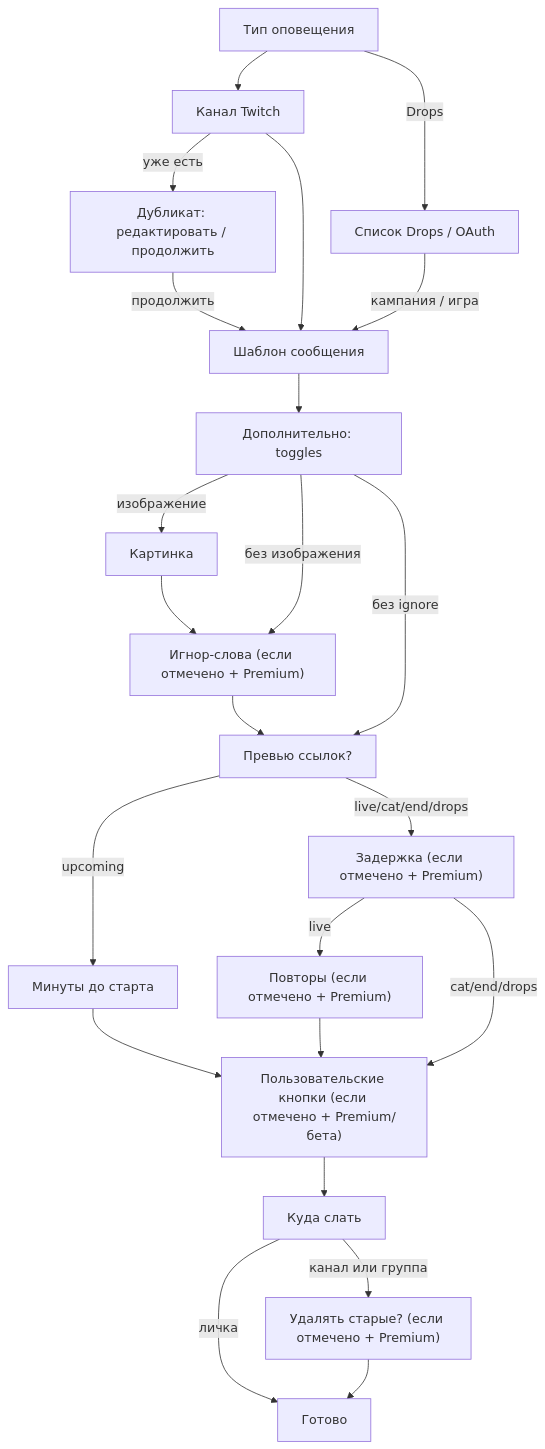
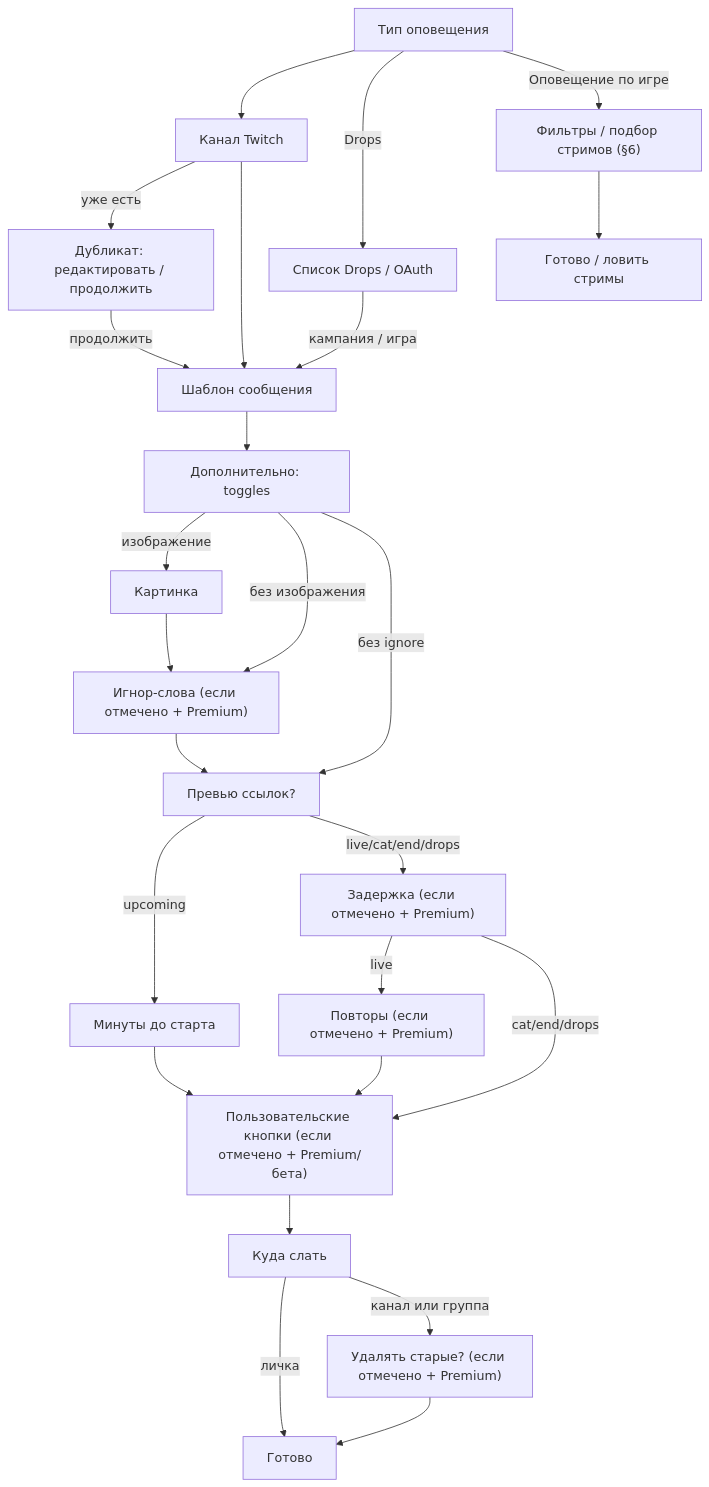
One commit to Marfa/twitch-telegram-bot changed the second of 3 diagrams in docs/user-flow-map.ru.md. Above: the diagram before and after it, drawn with Mermaid. The commit also changed other lines of this file and 17 other files, not shown here.

````diff
--- a/docs/user-flow-map.ru.md
+++ b/docs/user-flow-map.ru.md
@@ -110,25 +108,27 @@
 ```mermaid
 flowchart TD
   AT["Тип оповещения"] --> CH["Канал Twitch"]
   AT -->|Drops| CAT["Список Drops / OAuth"]
+  AT -->|Оповещение по игре| WAT["Фильтры / подбор стримов (§6)"]
   CH -->|уже есть| DUP["Дубликат: редактировать / продолжить"]
   CH --> TPL["Шаблон сообщения"]
   CAT -->|кампания / игра| TPL
   DUP -->|продолжить| TPL
   TPL --> OPT["Дополнительно: toggles"]
   OPT -->|изображение| IMG["Картинка"]
   OPT -->|без изображения| IGN["Игнор-слова (если отмечено + Premium)"]
   IMG --> IGN
   IGN --> LP["Превью ссылок?"]
   OPT -->|без ignore| LP
   LP -->|upcoming| SRM["Минуты до старта"]
   LP -->|live/cat/end/drops| DL["Задержка (если отмечено + Premium)"]
   DL -->|live| RP["Повторы (если отмечено + Premium)"]
   RP --> BTN["Пользовательские кнопки (если отмечено + Premium/бета)"]
   BTN --> DEST["Куда слать"]
   SRM --> BTN
   DL -->|cat/end/drops| BTN
   DEST -->|личка| DONE["Готово"]
   DEST -->|канал или группа| DEL["Удалять старые? (если отмечено + Premium)"]
   DEL --> DONE
+  WAT --> ENDW["Готово / ловить стримы"]
 ```
````
